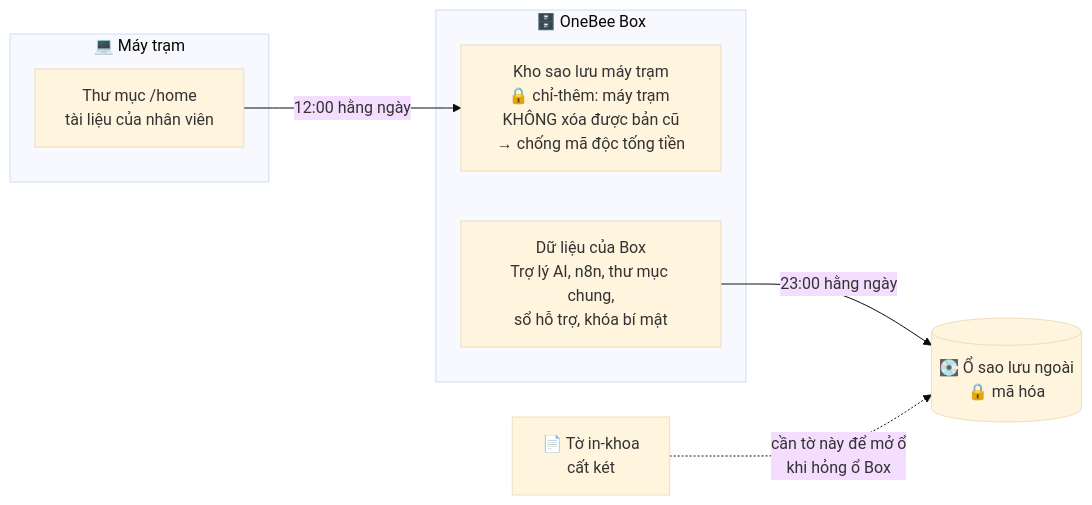
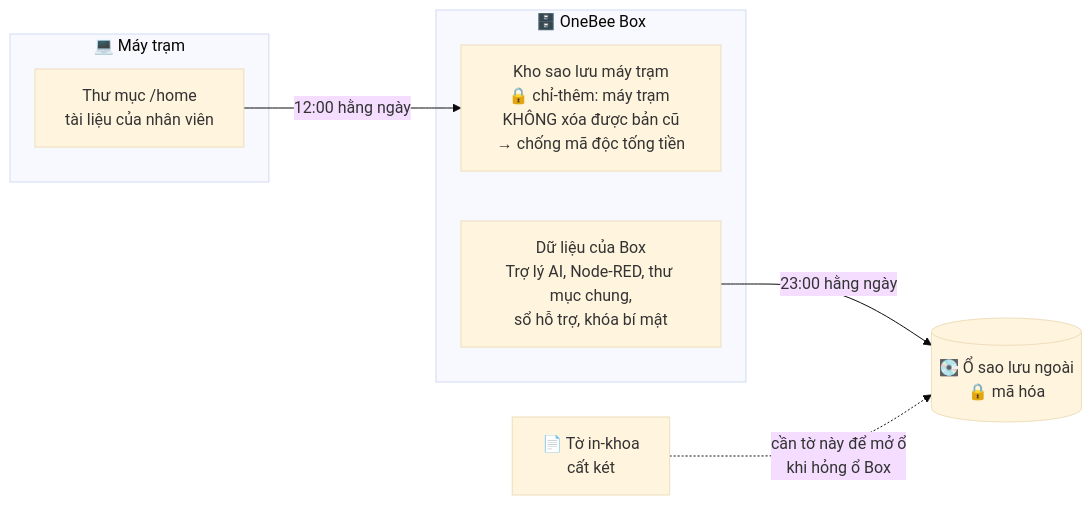
One commit to mthien07/da3-he-dieu-hanh-va-tu-dong-hoa-open-source changed the third of 4 diagrams in docs/huong-dan/huong-dan-cai-dat-tu-a-den-z.md. Above: the diagram before and after it, drawn with Mermaid (base theme). The commit also changed other lines of this file and 213 other files, not shown here.

````diff
--- a/docs/huong-dan/huong-dan-cai-dat-tu-a-den-z.md
+++ b/docs/huong-dan/huong-dan-cai-dat-tu-a-den-z.md
@@ -201,16 +201,16 @@
 ```mermaid
 flowchart LR
     subgraph M["💻 Máy trạm"]
         H["Thư mục /home<br/>tài liệu của nhân viên"]
     end
     subgraph BX["🗄️ OneBee Box"]
         K["Kho sao lưu máy trạm<br/>🔒 chỉ-thêm: máy trạm KHÔNG xóa được bản cũ<br/>→ chống mã độc tống tiền"]
-        D["Dữ liệu của Box<br/>Trợ lý AI, n8n, thư mục chung,<br/>sổ hỗ trợ, khóa bí mật"]
+        D["Dữ liệu của Box<br/>Trợ lý AI, Node-RED, thư mục chung,<br/>sổ hỗ trợ, khóa bí mật"]
     end
     O[("💽 Ổ sao lưu ngoài<br/>🔒 mã hóa")]
     G["📄 Tờ in-khoa<br/>cất két"]
 
     H -- "12:00 hằng ngày" --> K
     D -- "23:00 hằng ngày" --> O
     G -. "cần tờ này để mở ổ<br/>khi hỏng ổ Box" .-> O
 ```
````
